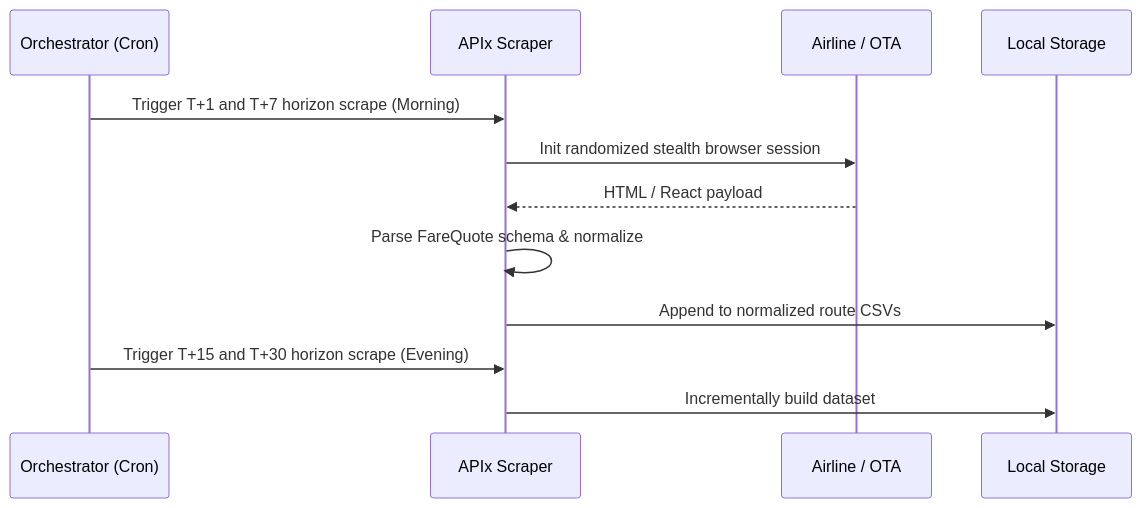
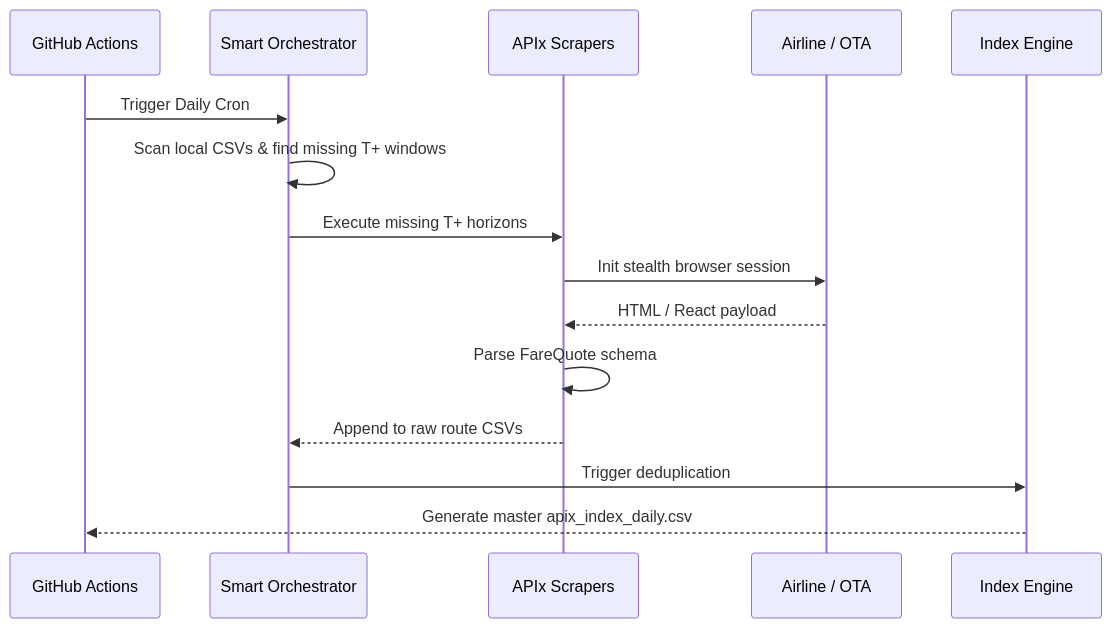
One commit to Rishavroy-2006/APIx changed the first of 2 diagrams in README.md. Above: the diagram before and after it, drawn with Mermaid. The commit also changed other lines of this file, not shown here.

Commit message:
Update README to match hackathon blueprint and smart orchestrator

````diff
--- a/README.md
+++ b/README.md
@@ -17,15 +16,18 @@
 ```mermaid
 sequenceDiagram
-    participant Cron as Orchestrator (Cron)
-    participant Scraper as APIx Scraper
+    participant GitHub as GitHub Actions
+    participant Orch as Smart Orchestrator
+    participant Scraper as APIx Scrapers
     participant Airline as Airline / OTA
-    participant Store as Local Storage
+    participant Compute as Index Engine
     
-    Cron->>Scraper: Trigger T+1 and T+7 horizon scrape (Morning)
-    Scraper->>Airline: Init randomized stealth browser session
+    GitHub->>Orch: Trigger Daily Cron
+    Orch->>Orch: Scan local CSVs & find missing T+ windows
+    Orch->>Scraper: Execute missing T+ horizons
+    Scraper->>Airline: Init stealth browser session
     Airline-->>Scraper: HTML / React payload
-    Scraper->>Scraper: Parse FareQuote schema & normalize
-    Scraper->>Store: Append to normalized route CSVs
-    Cron->>Scraper: Trigger T+15 and T+30 horizon scrape (Evening)
-    Scraper->>Store: Incrementally build dataset
+    Scraper->>Scraper: Parse FareQuote schema
+    Scraper-->>Orch: Append to raw route CSVs
+    Orch->>Compute: Trigger deduplication
+    Compute-->>GitHub: Generate master apix_index_daily.csv
 ```
````
